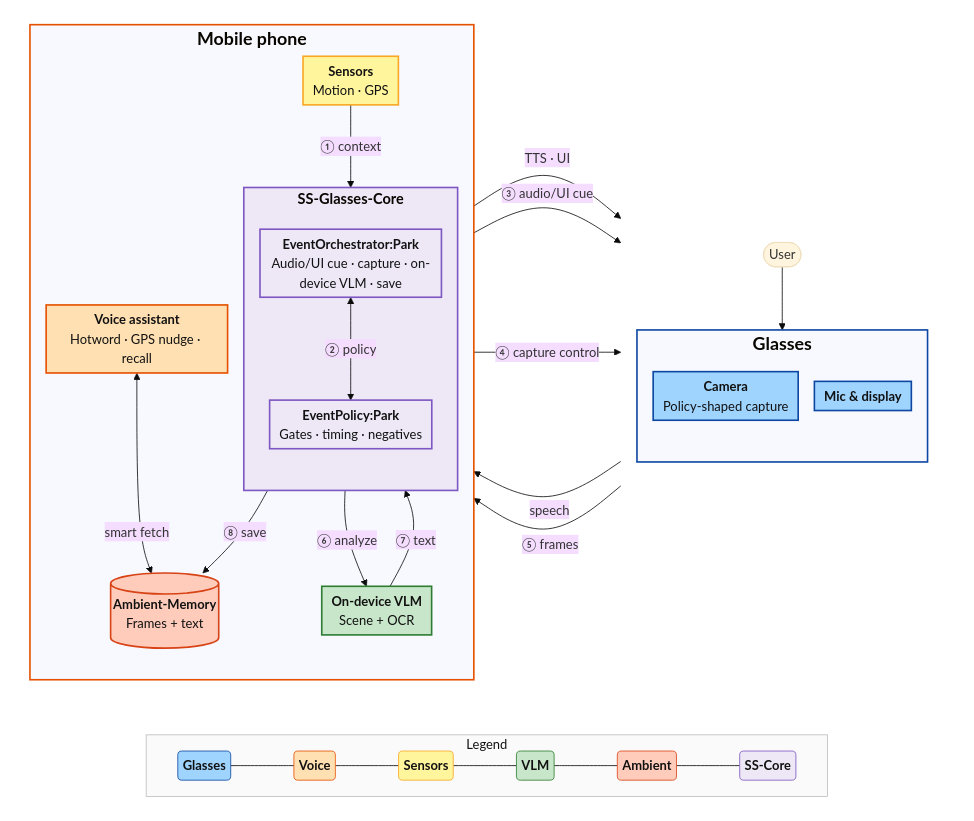
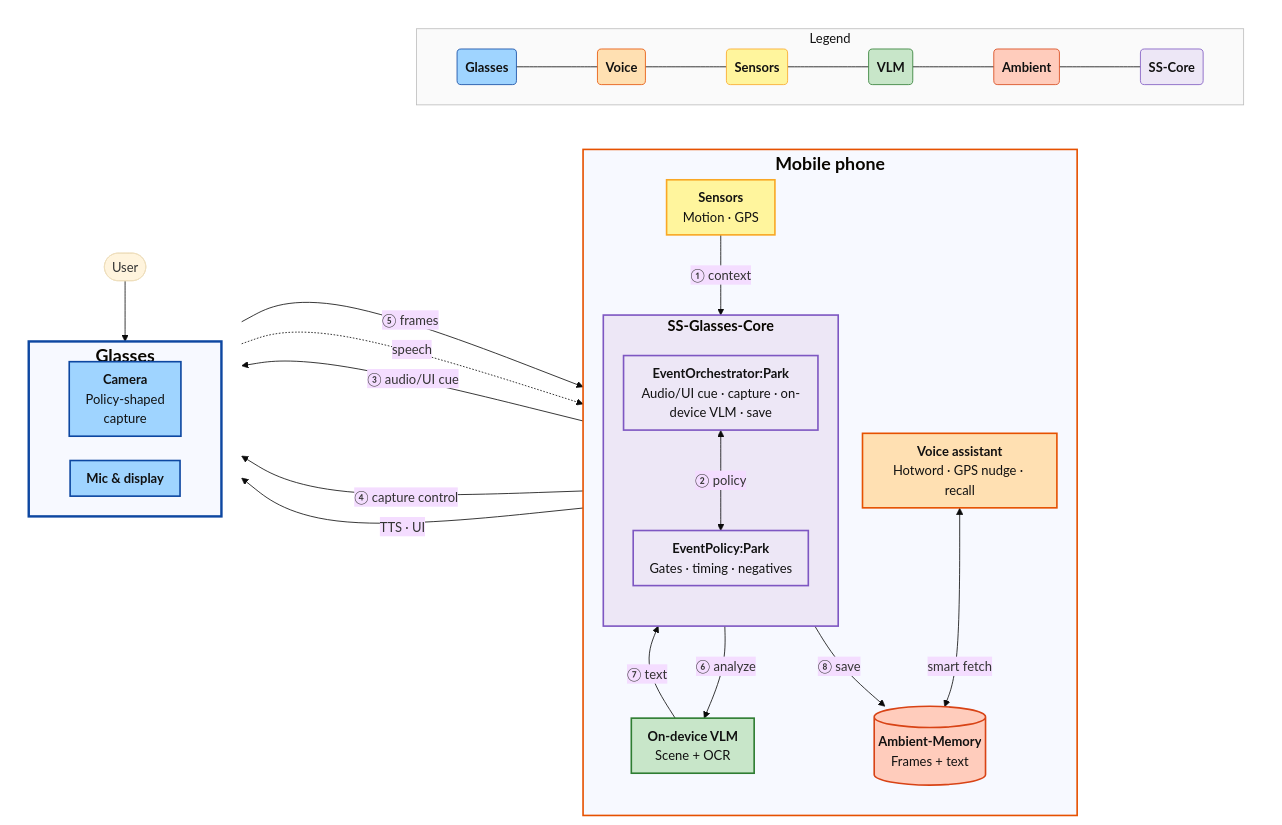
One commit to penkesiva/wer-26 changed the diagram in tmp/idea2_mark_car_parking_spot_architecture.mermaid. Above: the diagram before and after it, drawn with Mermaid (base theme). The commit also changed 1 other file, not shown here.

Commit message:
docs(idea2): LR layout with Glasses right of Mobile, compact legend
Flat flowchart LR; Mobile | Glasses side by side; dashed Mic→VA back-edge
to prevent rank conflict; spacious Glasses subgraph; BottomDeck legend.

```diff
--- a/tmp/idea2_mark_car_parking_spot_architecture.mermaid
+++ b/tmp/idea2_mark_car_parking_spot_architecture.mermaid
@@ -1,101 +1,95 @@
 %% Idea 2 — Mark Car Parking Spot · mermaid.live
-%% TB: Glasses | Mobile on top, compact legend row below (tighter padding via init)
+%% flowchart LR: Mobile (left) | Glasses (right) | Legend (bottom)
 %% <b>…</b> = bold title inside a box
-%% Glasses / Mobile phone labels: centered (native subgraph title), big + bold via HTML
-%%{init: {'flowchart': {'htmlLabels': true, 'padding': 6, 'nodeSpacing': 20, 'rankSpacing': 28}}}%%
+%%{init: {'flowchart': {'htmlLabels': true, 'padding': 10, 'nodeSpacing': 30, 'rankSpacing': 50}}}%%
 
-flowchart TB
-    subgraph MainRow[" "]
-        direction LR
-        subgraph GCol[" "]
+flowchart LR
+    subgraph Mobile["<b><span style='font-size:22px'>Mobile phone</span></b>"]
+        direction TB
+        VA["<b>Voice assistant</b><br/>Hotword · GPS nudge · recall"]
+        Sens["<b>Sensors</b><br/>Motion · GPS"]
+        subgraph SSGC["<b><span style='font-size:18px'>SS-Glasses-Core</span></b>"]
             direction TB
-            User([User])
-            subgraph Glasses["<b><span style='font-size:22px'>Glasses</span></b>"]
-                direction TB
-                Cam["<b>Camera</b><br/>Policy-shaped capture"]
-                Mic["<b>Mic & display</b>"]
-            end
+            PolicyCP["<b>EventPolicy:Park</b><br/>Gates · timing · negatives"]
+            OrchCP["<b>EventOrchestrator:Park</b><br/>Audio/UI cue · capture · on-device VLM · save"]
         end
+        VLM["<b>On-device VLM</b><br/>Scene + OCR"]
+        AMEM[("<b>Ambient-Memory</b><br/>Frames + text")]
+    end
 
-        subgraph Mobile["<b><span style='font-size:22px'>Mobile phone</span></b>"]
-            direction TB
-            VA["<b>Voice assistant</b><br/>Hotword · GPS nudge · recall"]
-            Sens["<b>Sensors</b><br/>Motion · GPS"]
-            subgraph SSGC["<b><span style='font-size:18px'>SS-Glasses-Core</span></b>"]
-                direction TB
-                PolicyCP["<b>EventPolicy:Park</b><br/>Gates · timing · negatives"]
-                OrchCP["<b>EventOrchestrator:Park</b><br/>Audio/UI cue · capture · on-device VLM · save"]
-            end
-            VLM["<b>On-device VLM</b><br/>Scene + OCR"]
-            AMEM[("<b>Ambient-Memory</b><br/>Frames + text")]
+    subgraph GCol[" "]
+        direction TB
+        User([User])
+        subgraph Glasses["<b><span style='font-size:22px'>Glasses</span></b>"]
+            direction LR
+            Cam["<b>Camera</b><br/>Policy-shaped<br/>capture"]
+            Mic["<b>Mic &amp; display</b>"]
         end
     end
 
     subgraph BottomDeck[" "]
         direction RL
         subgraph LegendRow["Legend"]
             direction LR
             LgG("<b>Glasses</b>")
             LgM("<b>Voice</b>")
             LgSen("<b>Sensors</b>")
             LgL("<b>VLM</b>")
             LgA("<b>Ambient</b>")
             LgS("<b>SS-Core</b>")
             LgG --- LgM --- LgSen --- LgL --- LgA --- LgS
         end
     end
 
-    MainRow ~~~ BottomDeck
+    Mobile ~~~ GCol
+    GCol ~~~ BottomDeck
 
     Sens -->|"① context"| OrchCP
     OrchCP <-->|"② policy"| PolicyCP
-
     OrchCP -->|"③ audio/UI cue"| Mic
     OrchCP -->|"④ capture control"| Cam
     Cam -->|"⑤ frames"| OrchCP
-
     OrchCP -->|"⑥ analyze"| VLM
     VLM -->|"⑦ text"| OrchCP
     OrchCP -->|"⑧ save"| AMEM
 
     User --> Mic
-    Mic -->|speech| VA
+    Mic -.->|speech| VA
     VA -->|TTS · UI| Mic
     VA <-->|smart fetch| AMEM
 
     classDef glasses fill:#9fd4ff,stroke:#0d47a1,color:#111,stroke-width:2px
     classDef mobile fill:#ffe0b2,stroke:#e65100,color:#111,stroke-width:2px
     classDef sensors fill:#fff59d,stroke:#f9a825,color:#111,stroke-width:2px
     classDef onDeviceVlm fill:#c8e6c9,stroke:#2e7d32,color:#111,stroke-width:2px
     classDef ambientMem fill:#ffccbc,stroke:#d84315,color:#111,stroke-width:2px
     classDef ssCoreLight fill:#ede7f6,stroke:#7e57c2,color:#111,stroke-width:2px
     classDef legendGlasses fill:#9fd4ff,stroke:#0d47a1,color:#111
     classDef legendMobile fill:#ffe0b2,stroke:#e65100,color:#111
     classDef legendSensors fill:#fff59d,stroke:#f9a825,color:#111
     classDef legendVlm fill:#c8e6c9,stroke:#2e7d32,color:#111
     classDef legendAmbient fill:#ffccbc,stroke:#d84315,color:#111
     classDef legendSS fill:#ede7f6,stroke:#7e57c2,color:#111
     classDef colHidden fill:none,stroke:none,color:#111
 
     style SSGC fill:#ede7f6,stroke:#7e57c2,stroke-width:2px
     style GCol fill:none,stroke:none
-    style Glasses stroke:#0d47a1,stroke-width:2px
+    style Glasses stroke:#0d47a1,stroke-width:3px,padding:20px
     style Mobile stroke:#e65100,stroke-width:2px
-    style MainRow fill:none,stroke:none
+    style BottomDeck fill:none,stroke:none
     style LegendRow fill:#fafafa,stroke:#bdbdbd,color:#111,stroke-width:1px
-    style BottomDeck fill:none,stroke:none
 
     class Cam,Mic glasses
     class Sens sensors
     class VA mobile
     class VLM onDeviceVlm
     class AMEM ambientMem
     class PolicyCP,OrchCP ssCoreLight
     class GCol colHidden
 
     class LgG legendGlasses
     class LgM legendMobile
     class LgSen legendSensors
     class LgL legendVlm
     class LgA legendAmbient
     class LgS legendSS
```
